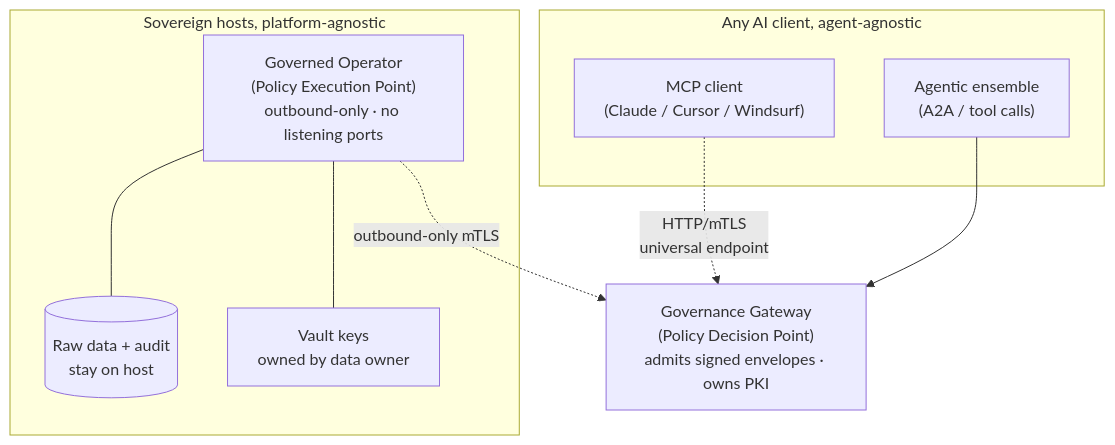
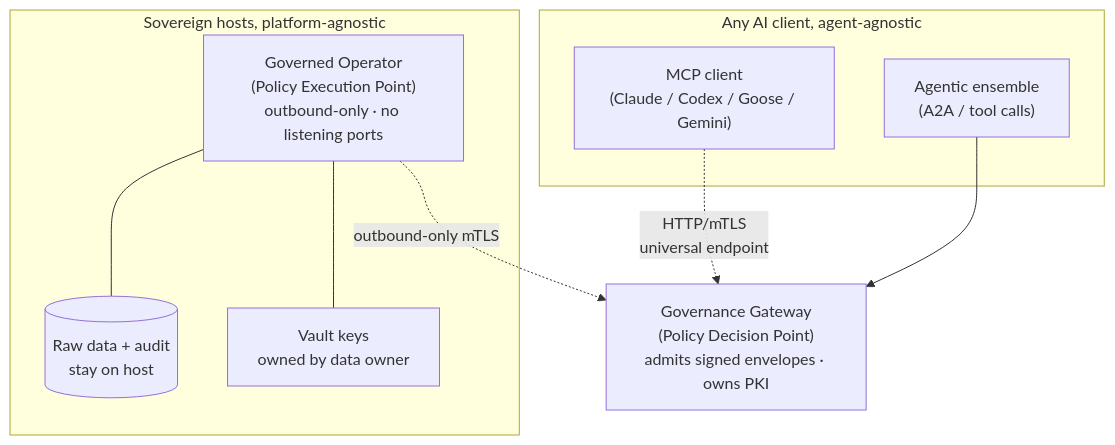
The first of 3 diagrams in README.md (g8e-ai/g8e), drawn with Mermaid before and after one commit. The commit also changed other lines of this file and 136 other files, not shown here.

````diff
--- a/README.md
+++ b/README.md
@@ -65,21 +65,21 @@
 ```mermaid
 graph TD
     subgraph Clients ["Any AI client, agent-agnostic"]
-        C1["MCP client<br/>(Claude / Cursor / Windsurf)"]
+        C1["MCP client<br/>(Claude / Codex / Goose / Gemini)"]
         C2["Agentic ensemble<br/>(A2A / tool calls)"]
     end
 
     GW["Governance Gateway<br/>(Policy Decision Point)<br/>admits signed envelopes · owns PKI"]
 
     subgraph Fleet ["Sovereign hosts, platform-agnostic"]
         O1["Governed Operator<br/>(Policy Execution Point)<br/>outbound-only · no listening ports"]
         D1[("Raw data + audit<br/>stay on host")]
         K1["Vault keys<br/>owned by data owner"]
         O1 --- D1
         O1 --- K1
     end
 
     C1 -. "HTTP/mTLS<br/>universal endpoint" .-> GW
     C2 --> GW
     O1 -. "outbound-only mTLS" .-> GW
 ```
````
